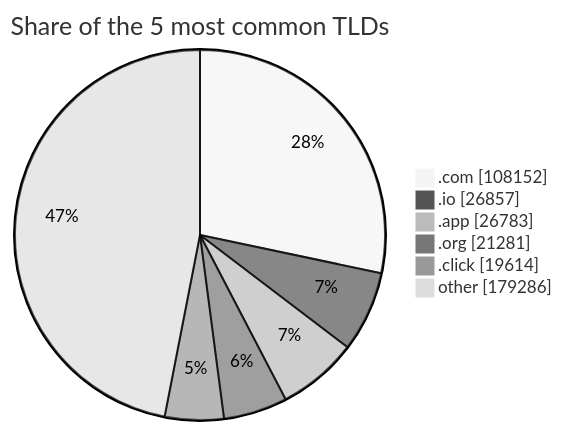
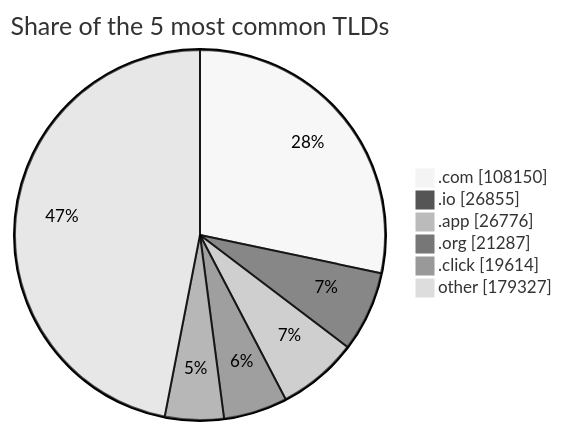
Before and after one commit to DNSBunker/CTI: the third of 3 diagrams in README.md, drawn with Mermaid (neutral theme). The commit also changed other lines of this file and 3 other files, not shown here.

````diff
--- a/README.md
+++ b/README.md
@@ -81,9 +81,9 @@
 ```mermaid
 pie showData title Share of the 5 most common TLDs
-    ".com" : 108152
-    ".io" : 26857
-    ".app" : 26783
-    ".org" : 21281
+    ".com" : 108150
+    ".io" : 26855
+    ".app" : 26776
+    ".org" : 21287
     ".click" : 19614
-    "other" : 179286
+    "other" : 179327
 ```
````
